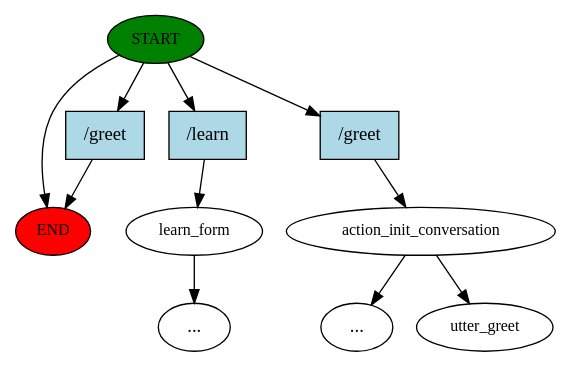
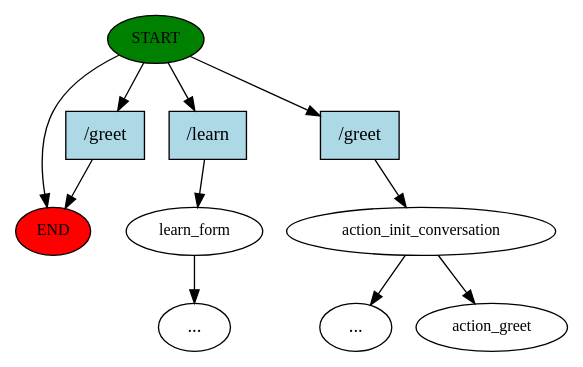
One commit to Learn-Assist/nlu-server changed the diagram in story_graph.dot. Above: the diagram before and after it, drawn with Graphviz. The commit also changed 6 other files, not shown here.

Commit message:
:zap: Add custom greet action

```diff
--- a/story_graph.dot
+++ b/story_graph.dot
@@ -1,22 +1,22 @@
 digraph  {
 0 [class="start active", fillcolor=green, fontsize=12, label=START, style=filled];
 "-1" [class=end, fillcolor=red, fontsize=12, label=END, style=filled];
 1 [class="", fontsize=12, label=learn_form];
 2 [class=active, fontsize=12, label=action_init_conversation];
 "-23" [class=ellipsis, label="..."];
 "-24" [class=ellipsis, label="..."];
-24 [class="dashed active", fontsize=12, label=utter_greet];
+24 [class="dashed active", fontsize=12, label=action_greet];
 25 [class=intent, fillcolor=lightblue, label="/learn", shape=rect, style=filled];
 26 [class="intent active", fillcolor=lightblue, label="/greet", shape=rect, style=filled];
 27 [class=intent, fillcolor=lightblue, label="/greet", shape=rect, style=filled];
 0 -> "-1"  [class="", key=NONE, label=""];
 0 -> 25  [class="", key=0];
 0 -> 26  [class=active, key=0];
 0 -> 27  [class="", key=0];
 1 -> "-24"  [class="", key=NONE, label=""];
 2 -> "-23"  [class="", key=NONE, label=""];
 2 -> 24  [class=active, key=NONE, label=""];
 25 -> 1  [class="", key=0];
 26 -> 2  [class=active, key=0];
 27 -> "-1"  [class="", key=0];
 }
```
